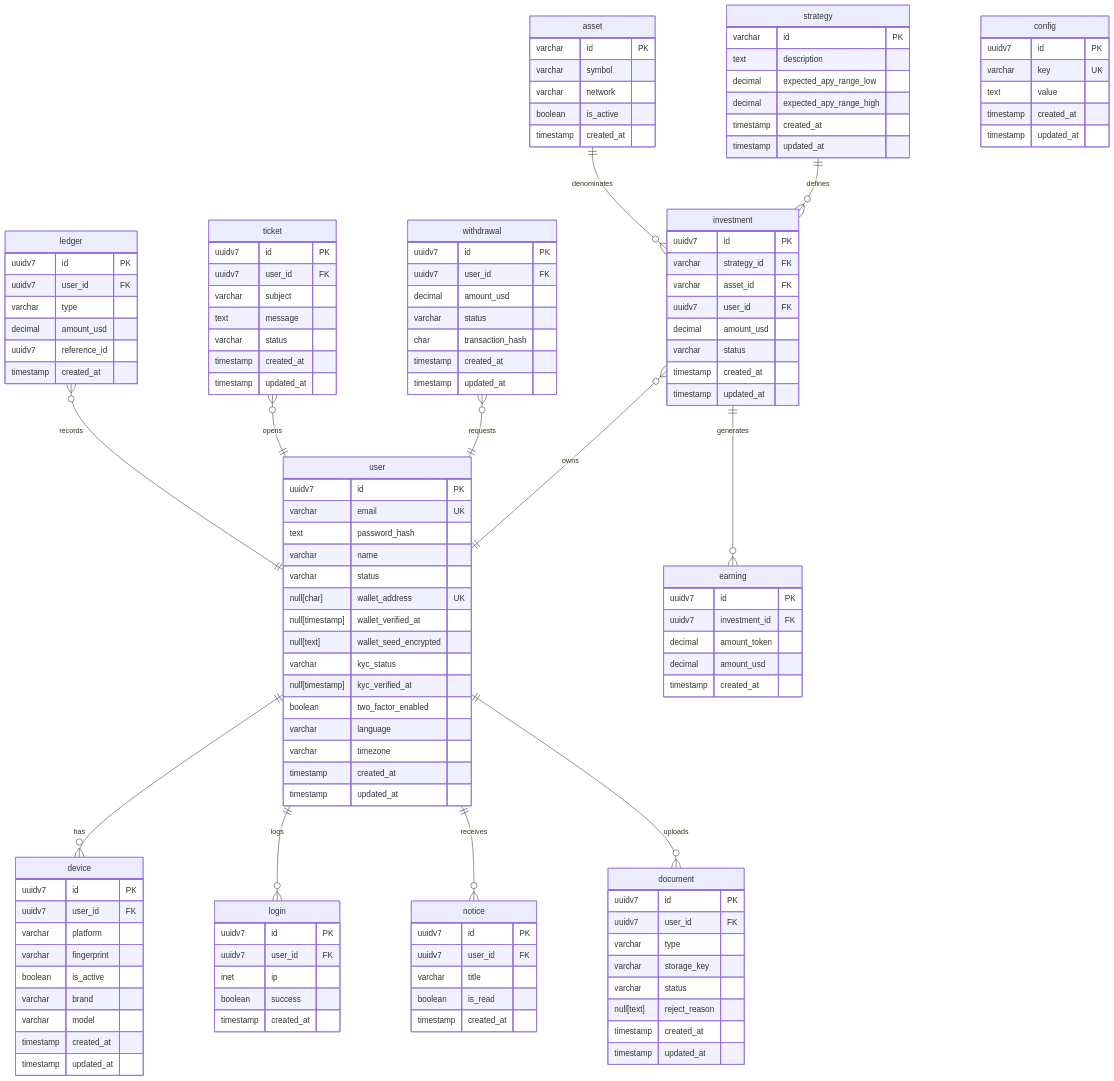
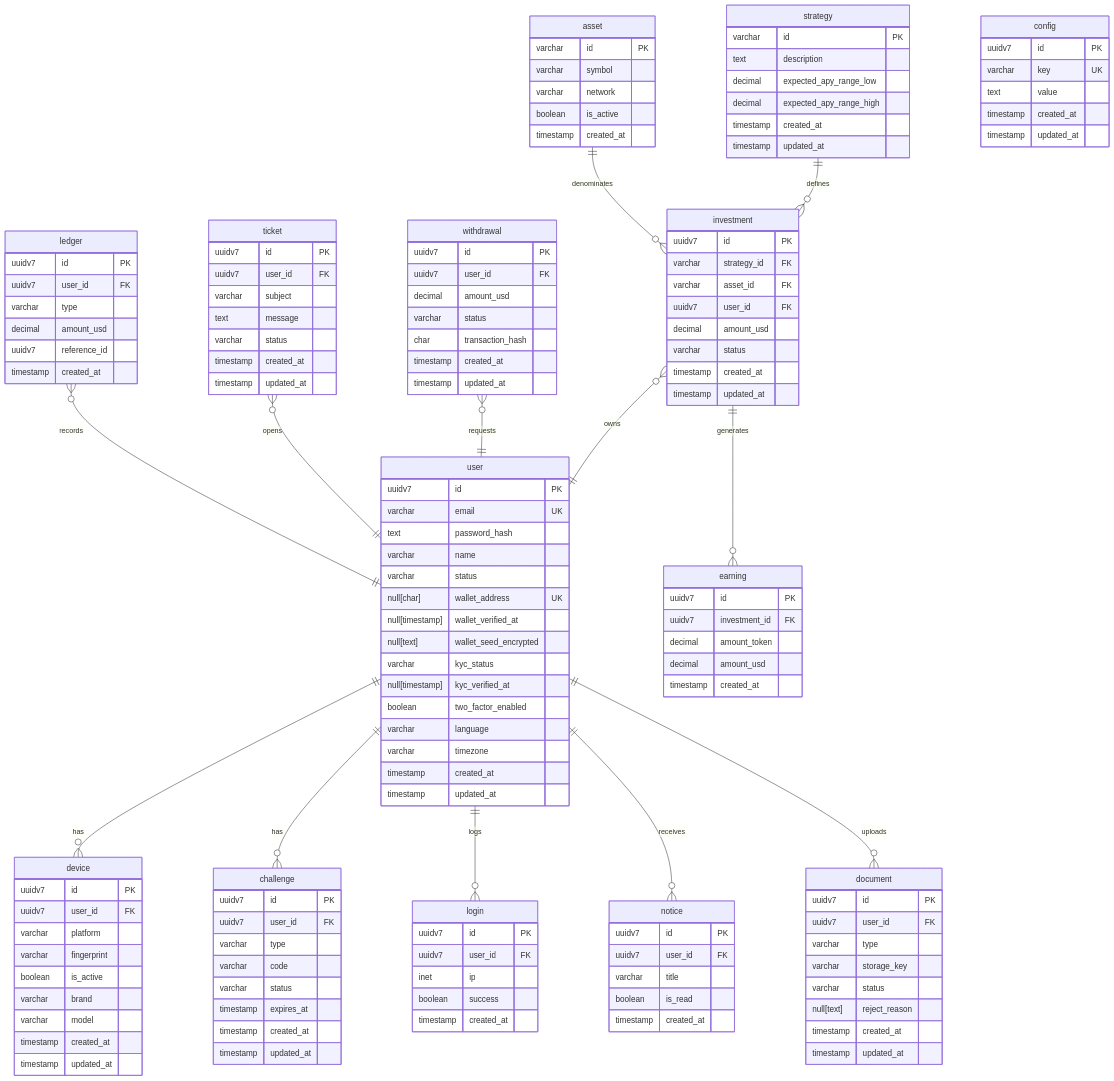
One commit to leandroluk/investor changed the diagram in er.mermaid. Above: the diagram before and after it, drawn with Mermaid. The commit also changed 10 other files, not shown here.

```diff
--- a/er.mermaid
+++ b/er.mermaid
@@ -1,147 +1,156 @@
  erDiagram
     %% MODULE: account
     device {
         uuidv7    id          PK
         uuidv7    user_id     FK
         varchar   platform    ""
         varchar   fingerprint ""
         boolean   is_active   ""
         varchar   brand       ""
         varchar   model       ""
         timestamp created_at  ""
         timestamp updated_at  ""
     }
     login {
         uuidv7    id         PK
         uuidv7    user_id    FK
         inet      ip         ""
         boolean   success    ""
         timestamp created_at ""
     }
+    challenge {
+        uuidv7    id         PK
+        uuidv7    user_id    FK
+        varchar   type       ""
+        varchar   code       ""
+        varchar   status     ""
+        timestamp expires_at ""
+        timestamp created_at ""
+        timestamp updated_at ""
+    }
     user {
         uuidv7          id                    PK
         varchar         email                 UK
         text            password_hash         ""
         varchar         name                  ""
         varchar         status                ""
         null[char]      wallet_address        UK
         null[timestamp] wallet_verified_at    ""
         null[text]      wallet_seed_encrypted ""
         varchar         kyc_status            ""
         null[timestamp] kyc_verified_at       ""
         boolean         two_factor_enabled    ""
         varchar         language              ""
         varchar         timezone              ""  
         timestamp       created_at            ""
         timestamp       updated_at            ""
     }
-
-    %% MODULE: account (documents)
     document {
         uuidv7     id            PK
         uuidv7     user_id       FK
         varchar    type          ""
         varchar    storage_key   ""
         varchar    status        ""
         null[text] reject_reason ""
         timestamp  created_at    ""
         timestamp  updated_at    ""
     }
 
     %% MODULE: audit
     ledger {
         uuidv7    id           PK
         uuidv7    user_id      FK
         varchar   type         "" 
         decimal   amount_usd   ""
         uuidv7    reference_id ""
         timestamp created_at   ""
     }
 
     %% MODULE: catalog
     asset {
         varchar   id         PK
         varchar   symbol     ""
         varchar   network    ""
         boolean   is_active  ""
         timestamp created_at ""
     }
     strategy {
         varchar   id                      PK
         text      description             ""
         decimal   expected_apy_range_low  ""
         decimal   expected_apy_range_high ""
         timestamp created_at              ""
         timestamp updated_at              ""
     }
 
     %% MODULE: portfolio
     earning {
         uuidv7    id            PK
         uuidv7    investment_id FK
         decimal   amount_token  ""
         decimal   amount_usd    ""
         timestamp created_at    ""
     }
     investment {
         uuidv7    id          PK
         varchar   strategy_id FK
         varchar   asset_id    FK
         uuidv7    user_id     FK
         decimal   amount_usd  ""
         varchar   status      ""
         timestamp created_at  ""
         timestamp updated_at  ""
     }
 
     %% MODULE: signal
     notice {
         uuidv7    id         PK
         uuidv7    user_id    FK
         varchar   title      ""
         boolean   is_read    ""
         timestamp created_at ""
     }
 
     %% MODULE: support
     ticket {
         uuidv7    id         PK
         uuidv7    user_id    FK
         varchar   subject    ""
         text      message    ""
         varchar   status     ""
         timestamp created_at ""
         timestamp updated_at ""
     }
 
     %% MODULE: system
     config {
         uuidv7    id           PK
         varchar   key          UK
         text      value        ""
         timestamp created_at   ""
         timestamp updated_at   ""
     }
 
     %% MODULE: treasury
     withdrawal {
         uuidv7    id               PK
         uuidv7    user_id          FK
         decimal   amount_usd       ""
         varchar   status           ""
         char      transaction_hash ""
         timestamp created_at       ""
         timestamp updated_at       ""
     }
 
     user       ||--o{ device     : "has"
+    user       ||--o{ challenge  : "has"
     user       ||--o{ login      : "logs"
     user       ||--o{ notice     : "receives"
     user       ||--o{ document   : "uploads"
     investment }o--|| user       : "owns"
     withdrawal }o--|| user       : "requests"
     ticket     }o--|| user       : "opens"
     ledger     }o--|| user       : "records"
     strategy   ||--o{ investment : "defines"
     asset      ||--o{ investment : "denominates"
     investment ||--o{ earning    : "generates"
```
